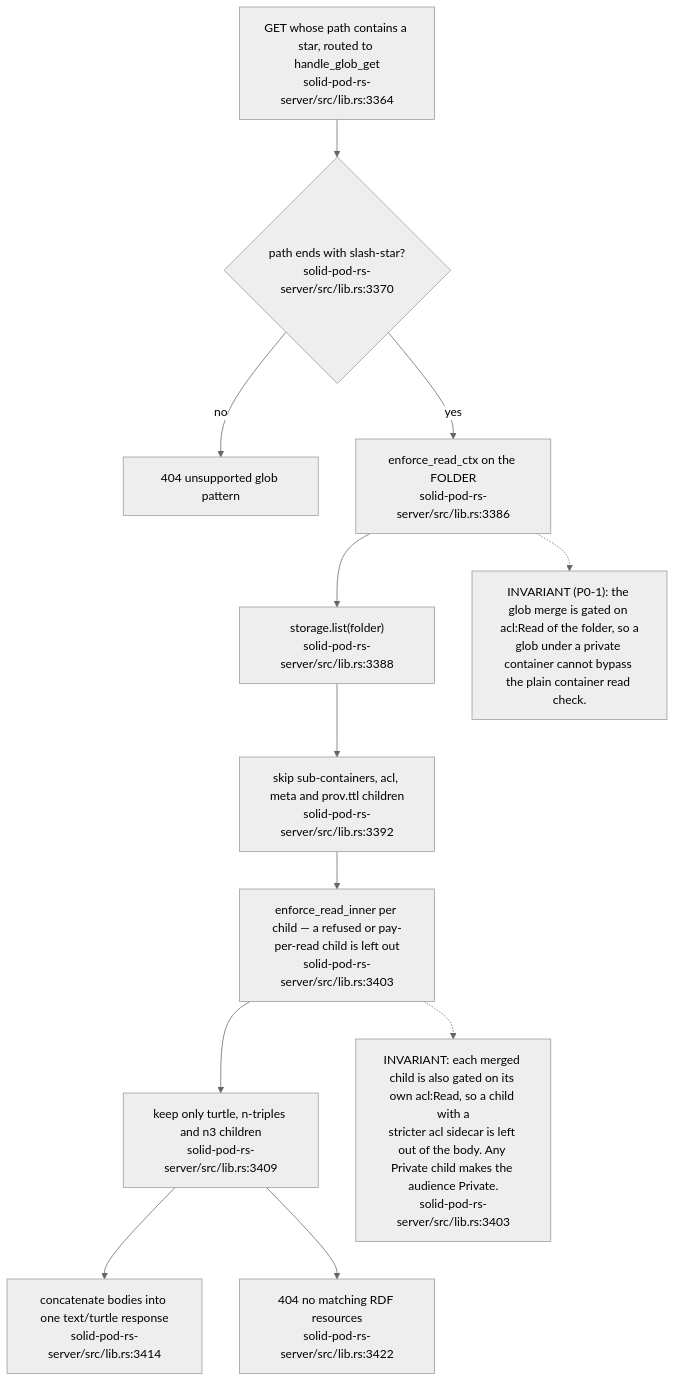
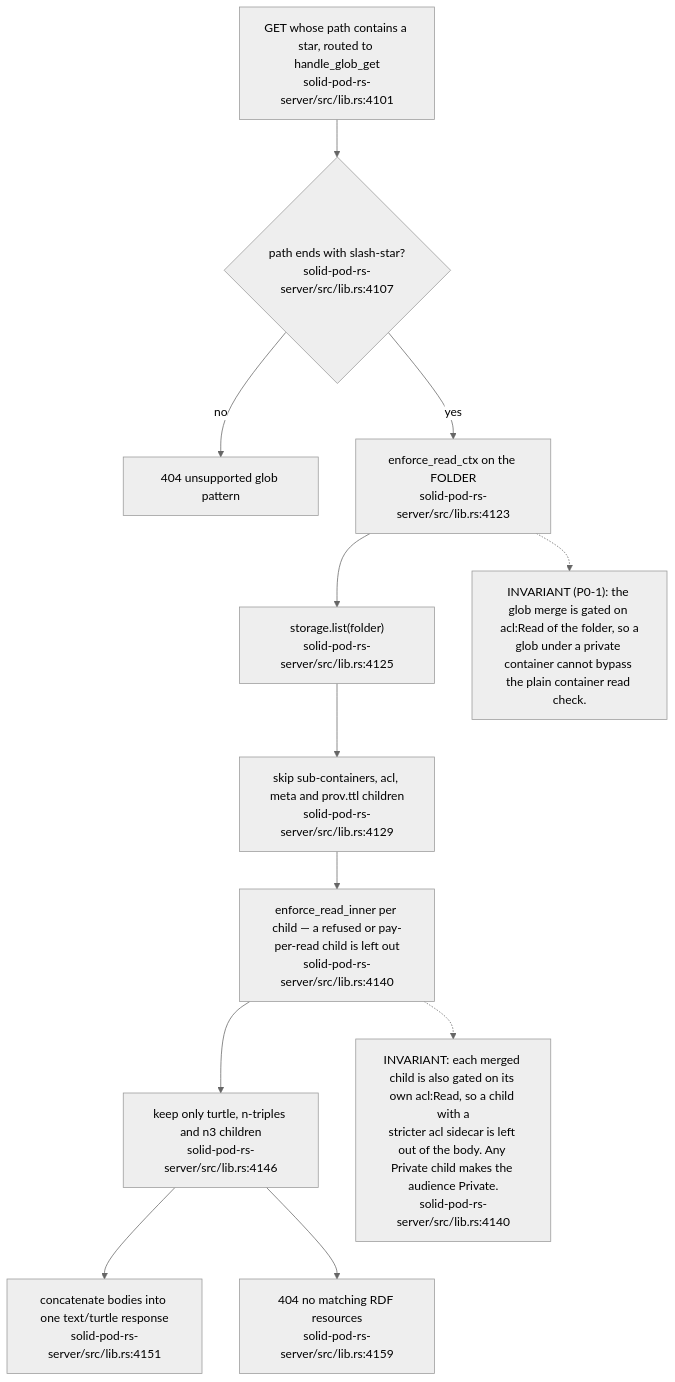
Before and after one commit to DreamLab-AI/VisionFlow: diagram 11 of 14 in docs/diagrams/solid-pod-rs/03-ldp-request-lifecycle.md, drawn with Mermaid (neutral theme). The commit also changed other lines of this file and 1 other file, not shown here.

First line of the commit message:
docs(diagrams): SP-03, SP-13 re-verified at solid-pod-rs a28a748

````diff
--- a/docs/diagrams/solid-pod-rs/03-ldp-request-lifecycle.md
+++ b/docs/diagrams/solid-pod-rs/03-ldp-request-lifecycle.md
@@ -268,23 +342,23 @@
 ```mermaid
 flowchart TD
-    IN["GET whose path contains a star, routed to handle_glob_get<br/>solid-pod-rs-server/src/lib.rs:3364"]
-    PAT{"path ends with slash-star?<br/>solid-pod-rs-server/src/lib.rs:3370"}
+    IN["GET whose path contains a star, routed to handle_glob_get<br/>solid-pod-rs-server/src/lib.rs:4101"]
+    PAT{"path ends with slash-star?<br/>solid-pod-rs-server/src/lib.rs:4107"}
     NF["404 unsupported glob pattern"]
-    GATE["enforce_read_ctx on the FOLDER<br/>solid-pod-rs-server/src/lib.rs:3386"]
-    LIST["storage.list(folder)<br/>solid-pod-rs-server/src/lib.rs:3388"]
-    SKIP["skip sub-containers, acl, meta and prov.ttl children<br/>solid-pod-rs-server/src/lib.rs:3392"]
-    CHILD["enforce_read_inner per child — a refused or pay-per-read child is left out<br/>solid-pod-rs-server/src/lib.rs:3403"]
-    FILTER["keep only turtle, n-triples and n3 children<br/>solid-pod-rs-server/src/lib.rs:3409"]
-    MERGE["concatenate bodies into one text/turtle response<br/>solid-pod-rs-server/src/lib.rs:3414"]
-    EMPTY["404 no matching RDF resources<br/>solid-pod-rs-server/src/lib.rs:3422"]
+    GATE["enforce_read_ctx on the FOLDER<br/>solid-pod-rs-server/src/lib.rs:4123"]
+    LIST["storage.list(folder)<br/>solid-pod-rs-server/src/lib.rs:4125"]
+    SKIP["skip sub-containers, acl, meta and prov.ttl children<br/>solid-pod-rs-server/src/lib.rs:4129"]
+    CHILD["enforce_read_inner per child — a refused or pay-per-read child is left out<br/>solid-pod-rs-server/src/lib.rs:4140"]
+    FILTER["keep only turtle, n-triples and n3 children<br/>solid-pod-rs-server/src/lib.rs:4146"]
+    MERGE["concatenate bodies into one text/turtle response<br/>solid-pod-rs-server/src/lib.rs:4151"]
+    EMPTY["404 no matching RDF resources<br/>solid-pod-rs-server/src/lib.rs:4159"]
 
     IN --> PAT
     PAT -- no --> NF
     PAT -- yes --> GATE --> LIST --> SKIP --> CHILD --> FILTER --> MERGE
     FILTER --> EMPTY
 
     N["INVARIANT (P0-1): the glob merge is gated on acl:Read of the folder, so a<br/>glob under a private container cannot bypass the plain container read check."]
     GATE -.-> N
-    N2["INVARIANT: each merged child is also gated on its own acl:Read, so a child with a<br/>stricter acl sidecar is left out of the body. Any Private child makes the audience Private.<br/>solid-pod-rs-server/src/lib.rs:3403"]
+    N2["INVARIANT: each merged child is also gated on its own acl:Read, so a child with a<br/>stricter acl sidecar is left out of the body. Any Private child makes the audience Private.<br/>solid-pod-rs-server/src/lib.rs:4140"]
     CHILD -.-> N2
 ```
````
